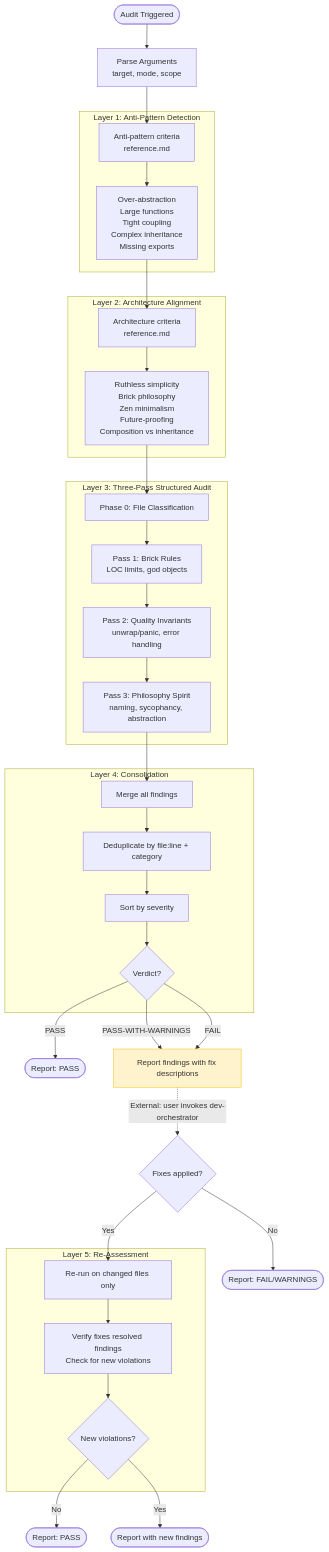
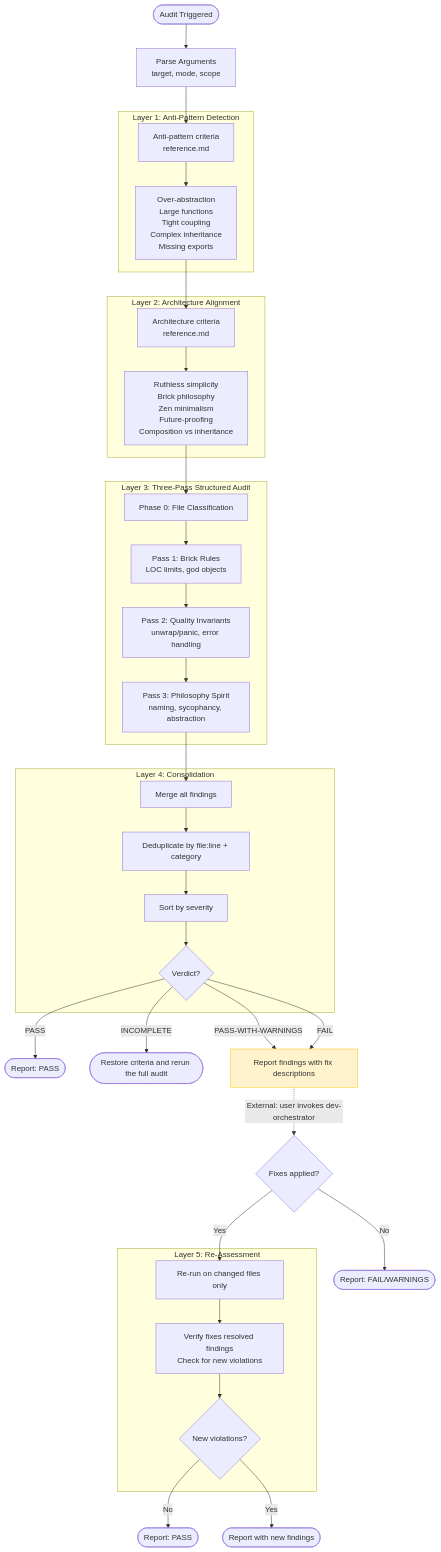
Before and after one commit to rysweet/amplihack-rs: the diagram in amplifier-bundle/skills/code-philosophy/SKILL.md, drawn with Mermaid. The commit also changed other lines of this file and 3 other files, not shown here.

````diff
--- a/amplifier-bundle/skills/code-philosophy/SKILL.md
+++ b/amplifier-bundle/skills/code-philosophy/SKILL.md
@@ -41,55 +41,56 @@
 ```mermaid
 flowchart TD
     START([Audit Triggered]) --> ARGS[Parse Arguments<br/>target, mode, scope]
     ARGS --> L1
 
     subgraph "Layer 1: Anti-Pattern Detection"
         L1[Anti-pattern criteria<br/>reference.md]
         L1 --> L1R[Over-abstraction<br/>Large functions<br/>Tight coupling<br/>Complex inheritance<br/>Missing exports]
     end
 
     L1R --> L2
 
     subgraph "Layer 2: Architecture Alignment"
         L2[Architecture criteria<br/>reference.md]
         L2 --> L2R[Ruthless simplicity<br/>Brick philosophy<br/>Zen minimalism<br/>Future-proofing<br/>Composition vs inheritance]
     end
 
     L2R --> L3
 
     subgraph "Layer 3: Three-Pass Structured Audit"
         L3[Phase 0: File Classification] --> P1
         P1[Pass 1: Brick Rules<br/>LOC limits, god objects] --> P2
         P2[Pass 2: Quality Invariants<br/>unwrap/panic, error handling] --> P3
         P3[Pass 3: Philosophy Spirit<br/>naming, sycophancy, abstraction]
     end
 
     P3 --> L4
 
     subgraph "Layer 4: Consolidation"
         L4[Merge all findings] --> DEDUP
         DEDUP[Deduplicate by file:line + category] --> SORT
         SORT[Sort by severity] --> VERDICT
         VERDICT{Verdict?}
     end
 
     VERDICT -->|PASS| DONE([Report: PASS])
+    VERDICT -->|INCOMPLETE| RETRY([Restore criteria and rerun the full audit])
     VERDICT -->|PASS-WITH-WARNINGS| DELEGATE
     VERDICT -->|FAIL| DELEGATE
 
     DELEGATE[Report findings with fix descriptions]:::external
     DELEGATE -.->|"External: user invokes dev-orchestrator"| FIXED{Fixes applied?}
     FIXED -->|No| DONE2([Report: FAIL/WARNINGS])
     FIXED -->|Yes| L5
 
     classDef external fill:#fff3cd,stroke:#ffc107
 
     subgraph "Layer 5: Re-Assessment"
         L5[Re-run on changed files only] --> L5C
         L5C[Verify fixes resolved findings<br/>Check for new violations] --> L5V
         L5V{New violations?}
     end
 
     L5V -->|No| DONE3([Report: PASS])
     L5V -->|Yes| DONE4([Report with new findings])
 ```
````
